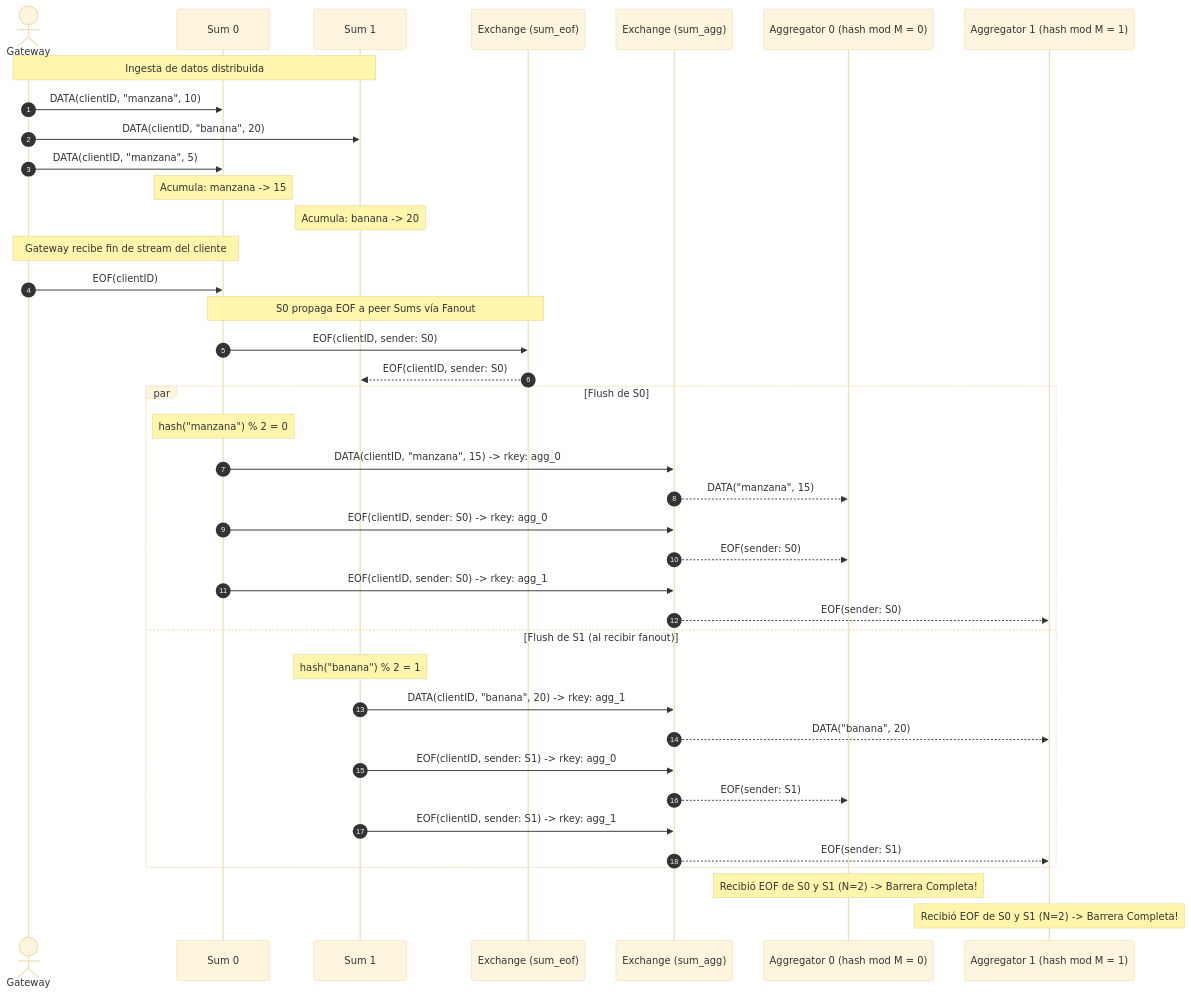
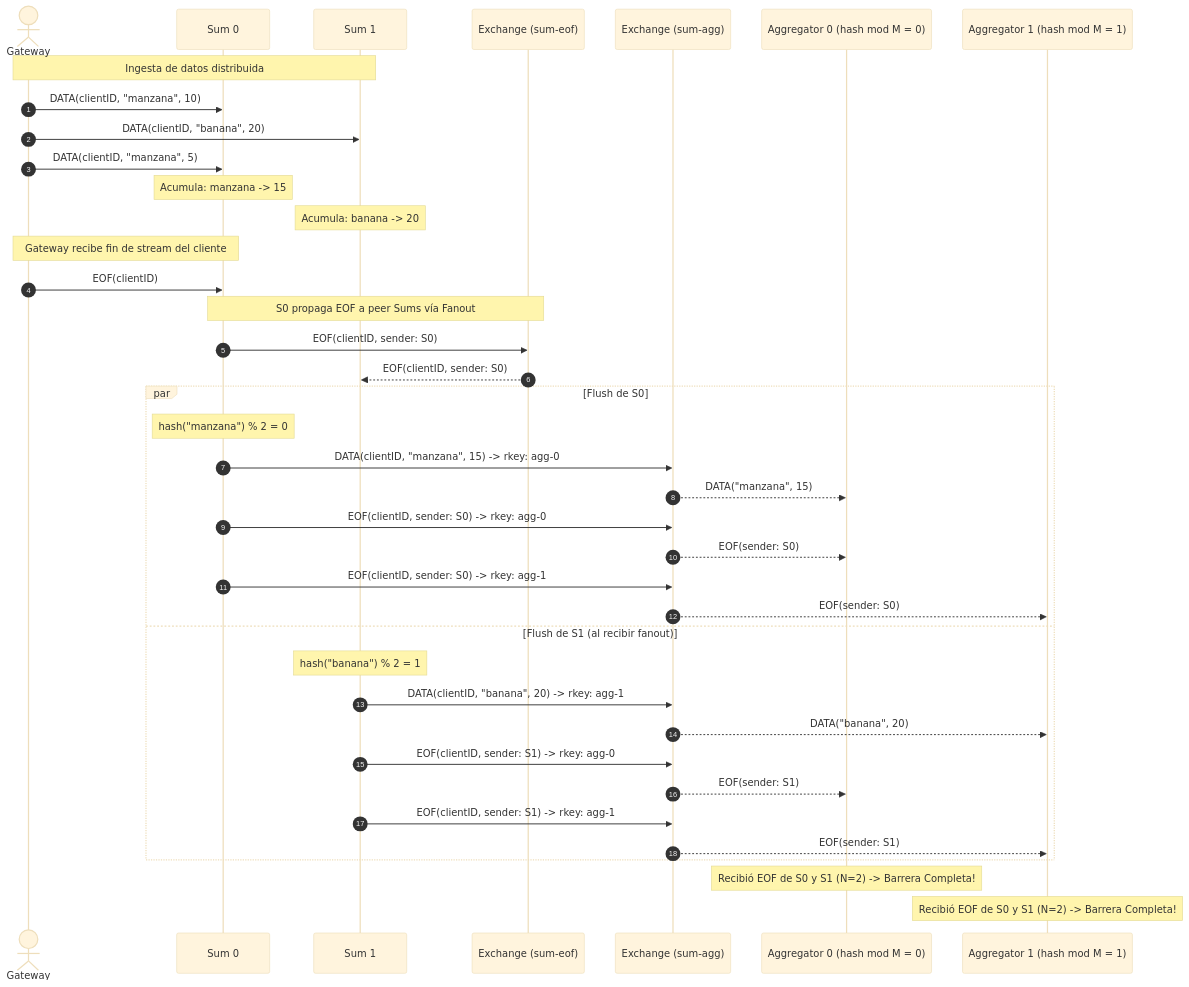
Before and after one commit to tompivel/sd-tp-coordinacion: the second of 3 diagrams in INFORME.md, drawn with Mermaid (base theme). The commit also changed other lines of this file, not shown here.

Commit message:
docs: fixing mermaid diagram

````diff
--- a/INFORME.md
+++ b/INFORME.md
@@ -112,46 +112,46 @@
 ```mermaid
 sequenceDiagram
     autonumber
     actor GW as Gateway
     participant S0 as Sum 0
     participant S1 as Sum 1
-    participant ExEOF as Exchange (sum_eof)
-    participant ExAgg as Exchange (sum_agg)
+    participant ExEOF as Exchange (sum-eof)
+    participant ExAgg as Exchange (sum-agg)
     participant A0 as Aggregator 0 (hash mod M = 0)
     participant A1 as Aggregator 1 (hash mod M = 1)
 
     Note over GW,S1: Ingesta de datos distribuida
     GW->>S0: DATA(clientID, "manzana", 10)
     GW->>S1: DATA(clientID, "banana", 20)
     GW->>S0: DATA(clientID, "manzana", 5)
     Note over S0: Acumula: manzana -> 15
     Note over S1: Acumula: banana -> 20
 
     Note over GW,S0: Gateway recibe fin de stream del cliente
     GW->>S0: EOF(clientID)
 
     Note over S0,ExEOF: S0 propaga EOF a peer Sums vía Fanout
     S0->>ExEOF: EOF(clientID, sender: S0)
     ExEOF-->>S1: EOF(clientID, sender: S0)
 
     par Flush de S0
         Note over S0: hash("manzana") % 2 = 0
-        S0->>ExAgg: DATA(clientID, "manzana", 15) -> rkey: agg_0
+        S0->>ExAgg: DATA(clientID, "manzana", 15) -> rkey: agg-0
         ExAgg-->>A0: DATA("manzana", 15)
-        S0->>ExAgg: EOF(clientID, sender: S0) -> rkey: agg_0
+        S0->>ExAgg: EOF(clientID, sender: S0) -> rkey: agg-0
         ExAgg-->>A0: EOF(sender: S0)
-        S0->>ExAgg: EOF(clientID, sender: S0) -> rkey: agg_1
+        S0->>ExAgg: EOF(clientID, sender: S0) -> rkey: agg-1
         ExAgg-->>A1: EOF(sender: S0)
     and Flush de S1 (al recibir fanout)
         Note over S1: hash("banana") % 2 = 1
-        S1->>ExAgg: DATA(clientID, "banana", 20) -> rkey: agg_1
+        S1->>ExAgg: DATA(clientID, "banana", 20) -> rkey: agg-1
         ExAgg-->>A1: DATA("banana", 20)
-        S1->>ExAgg: EOF(clientID, sender: S1) -> rkey: agg_0
+        S1->>ExAgg: EOF(clientID, sender: S1) -> rkey: agg-0
         ExAgg-->>A0: EOF(sender: S1)
-        S1->>ExAgg: EOF(clientID, sender: S1) -> rkey: agg_1
+        S1->>ExAgg: EOF(clientID, sender: S1) -> rkey: agg-1
         ExAgg-->>A1: EOF(sender: S1)
     end
 
     Note over A0: Recibió EOF de S0 y S1 (N=2) -> Barrera Completa!
     Note over A1: Recibió EOF de S0 y S1 (N=2) -> Barrera Completa!
 ```
````
